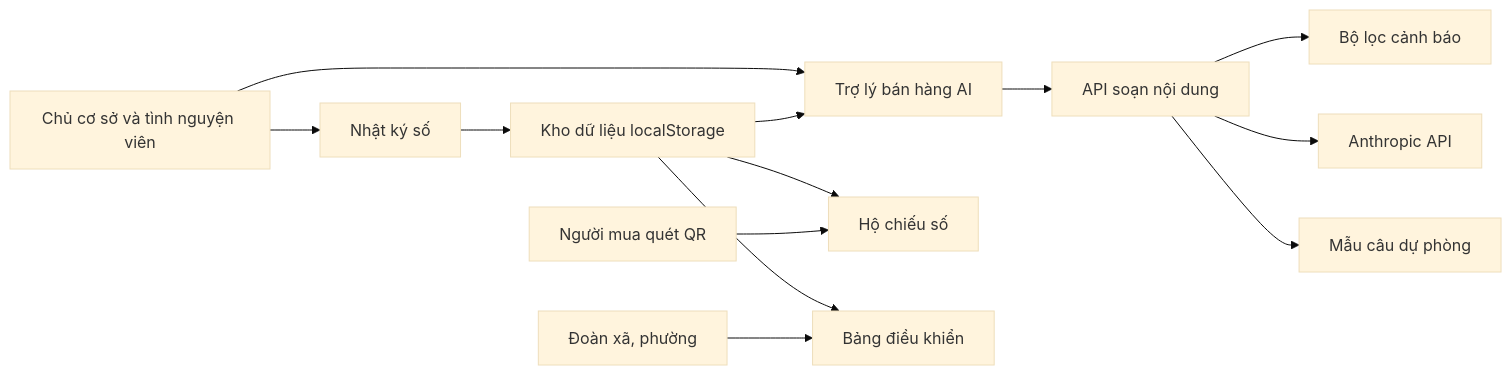
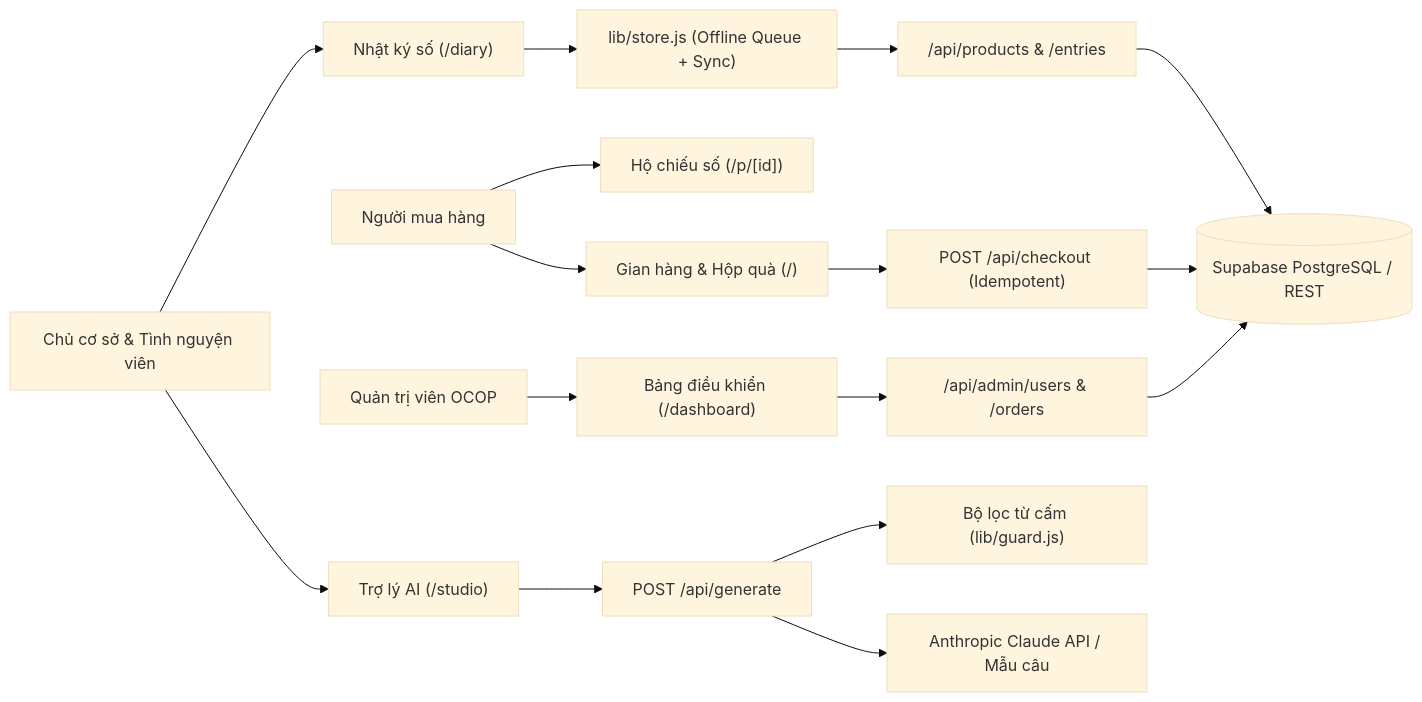
Before and after one commit to thao1123lls-code/ocop-passport: the first of 2 diagrams in README.md, drawn with Mermaid (base theme). The commit also changed other lines of this file, not shown here.

````diff
--- a/README.md
+++ b/README.md
@@ -144,15 +172,20 @@
 ```mermaid
 flowchart LR
-  U1["Chủ cơ sở và tình nguyện viên"] --> D["Nhật ký số"]
-  U1 --> S["Trợ lý bán hàng AI"]
-  D --> ST["Kho dữ liệu localStorage"]
-  ST --> P["Hộ chiếu số"]
-  ST --> S
-  ST --> B["Bảng điều khiển"]
-  S --> API["API soạn nội dung"]
-  API --> G["Bộ lọc cảnh báo"]
-  API --> AI["Anthropic API"]
-  API --> TP["Mẫu câu dự phòng"]
-  U2["Người mua quét QR"] --> P
-  U3["Đoàn xã, phường"] --> B
+  U1["Chủ cơ sở & Tình nguyện viên"] --> D["Nhật ký số (/diary)"]
+  U1 --> S["Trợ lý AI (/studio)"]
+  U2["Người mua hàng"] --> HOME["Gian hàng & Hộp quà (/)"]
+  U2 --> P["Hộ chiếu số (/p/[id])"]
+  U3["Quản trị viên OCOP"] --> B["Bảng điều khiển (/dashboard)"]
+
+  D --> STORE["lib/store.js (Offline Queue + Sync)"]
+  HOME --> CK["POST /api/checkout (Idempotent)"]
+  S --> GEN["POST /api/generate"]
+  B --> ADM["/api/admin/users & /orders"]
+
+  STORE --> API["/api/products & /entries"]
+  API --> DB[("Supabase PostgreSQL / REST")]
+  CK --> DB
+  ADM --> DB
+  GEN --> GUARD["Bộ lọc từ cấm (lib/guard.js)"]
+  GEN --> CLAUDE["Anthropic Claude API / Mẫu câu"]
 ```
````
